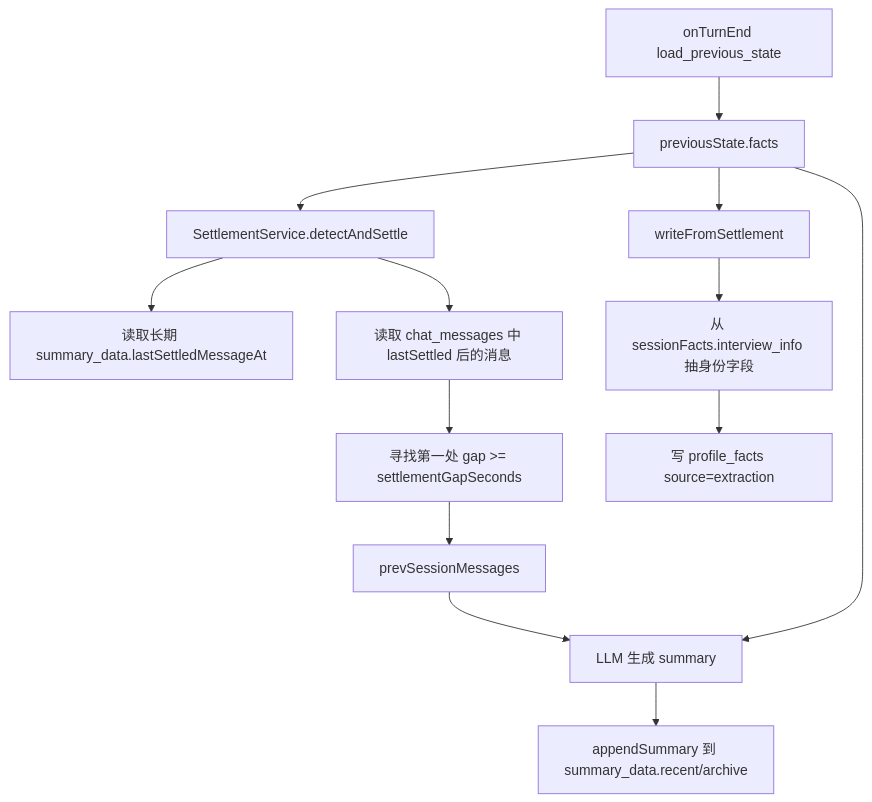
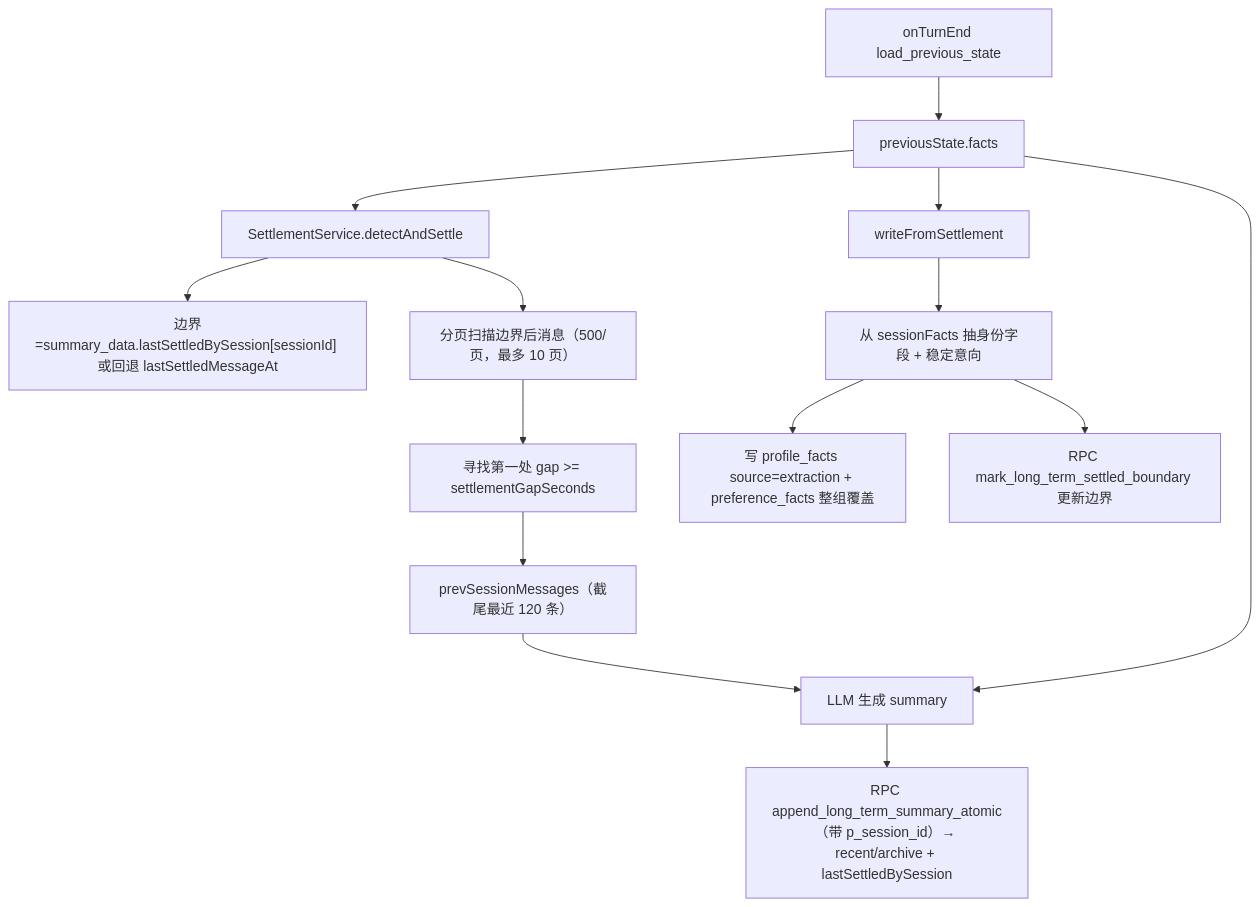
The fifth of 5 diagrams in docs/architecture/memory-and-hints-data-flow.md (huajune/cake-agent-runtime), drawn with Mermaid before and after one commit. The commit also changed other lines of this file and 4 other files, not shown here.

````diff
--- a/docs/architecture/memory-and-hints-data-flow.md
+++ b/docs/architecture/memory-and-hints-data-flow.md
@@ -392,15 +407,16 @@
 ```mermaid
 flowchart TD
   A["onTurnEnd load_previous_state"] --> B["previousState.facts"]
   B --> C["SettlementService.detectAndSettle"]
-  C --> D["读取长期 summary_data.lastSettledMessageAt"]
-  C --> E["读取 chat_messages 中 lastSettled 后的消息"]
+  C --> D["边界=summary_data.lastSettledBySession[sessionId] 或回退 lastSettledMessageAt"]
+  C --> E["分页扫描边界后消息（500/页，最多 10 页）"]
   E --> F["寻找第一处 gap >= settlementGapSeconds"]
-  F --> G["prevSessionMessages"]
+  F --> G["prevSessionMessages（截尾最近 120 条）"]
   G --> H["LLM 生成 summary"]
   B --> H
-  H --> I["appendSummary 到 summary_data.recent/archive"]
+  H --> I["RPC append_long_term_summary_atomic（带 p_session_id）→ recent/archive + lastSettledBySession"]
   B --> J["writeFromSettlement"]
-  J --> K["从 sessionFacts.interview_info 抽身份字段"]
-  K --> L["写 profile_facts source=extraction"]
+  J --> K["从 sessionFacts 抽身份字段 + 稳定意向"]
+  K --> L["写 profile_facts source=extraction + preference_facts 整组覆盖"]
+  K --> M["RPC mark_long_term_settled_boundary 更新边界"]
 ```
````
